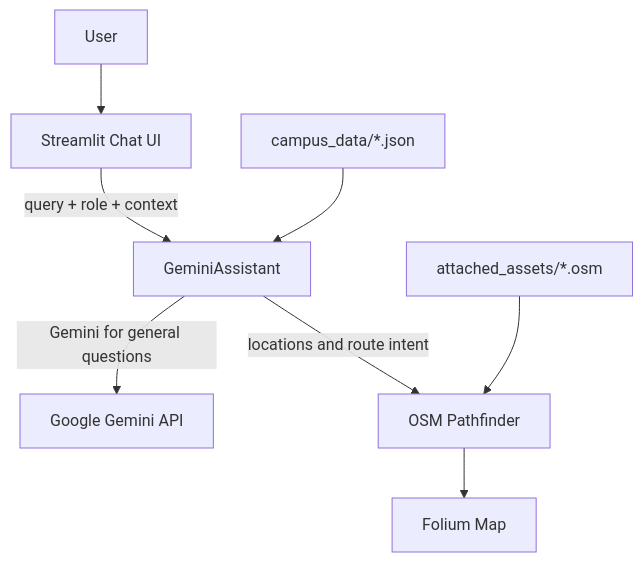
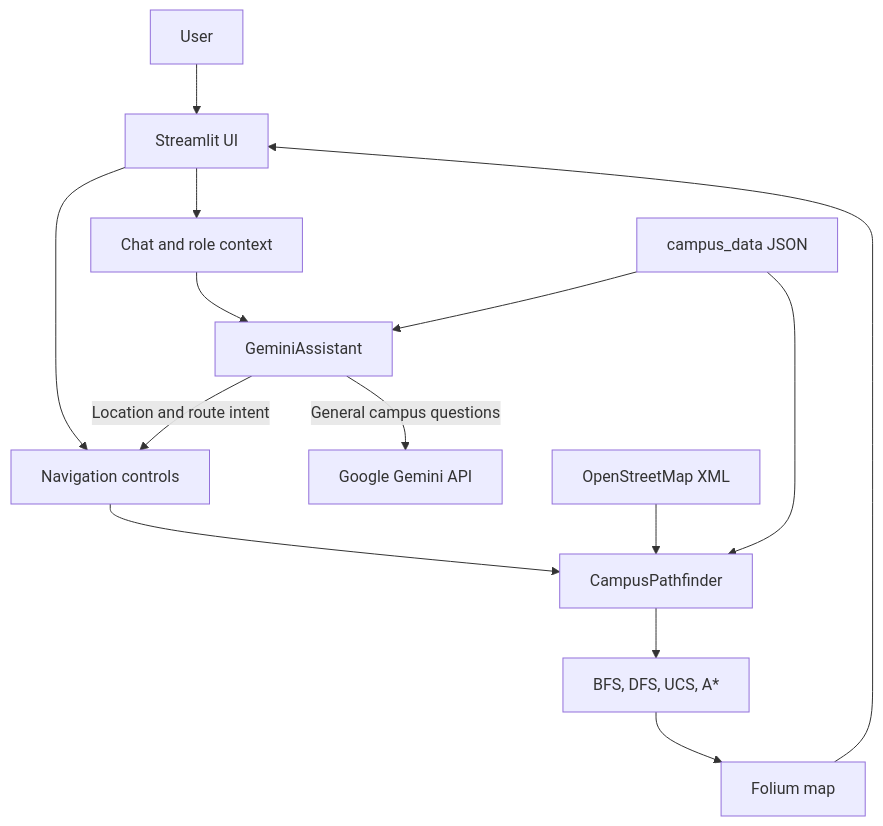
Before and after one commit to gokulrajmisox/smartcampus: the diagram in README.md, drawn with Mermaid. The commit also changed other lines of this file, not shown here.

````diff
--- a/README.md
+++ b/README.md
@@ -20,10 +52,16 @@
 ```mermaid
 graph TD
-    User[User] --> Chat[Streamlit Chat UI]
-    Chat -->|query + role + context| Assistant[GeminiAssistant]
-    Assistant -->|Gemini for general questions| Gemini[Google Gemini API]
-    Assistant -->|locations and route intent| Pathfinder[OSM Pathfinder]
-    Pathfinder --> Map[Folium Map]
-    CampusData[campus_data/*.json] --> Assistant
-    OSM[attached_assets/*.osm] --> Pathfinder
+    User[User] --> UI[Streamlit UI]
+    UI --> Chat[Chat and role context]
+    UI --> Nav[Navigation controls]
+    Chat --> Assistant[GeminiAssistant]
+    Assistant -->|General campus questions| Gemini[Google Gemini API]
+    Assistant -->|Location and route intent| Nav
+    Nav --> Pathfinder[CampusPathfinder]
+    OSM[OpenStreetMap XML] --> Pathfinder
+    Data[campus_data JSON] --> Assistant
+    Data --> Pathfinder
+    Pathfinder --> Algorithms[BFS, DFS, UCS, A*]
+    Algorithms --> Folium[Folium map]
+    Folium --> UI
 ```
````
